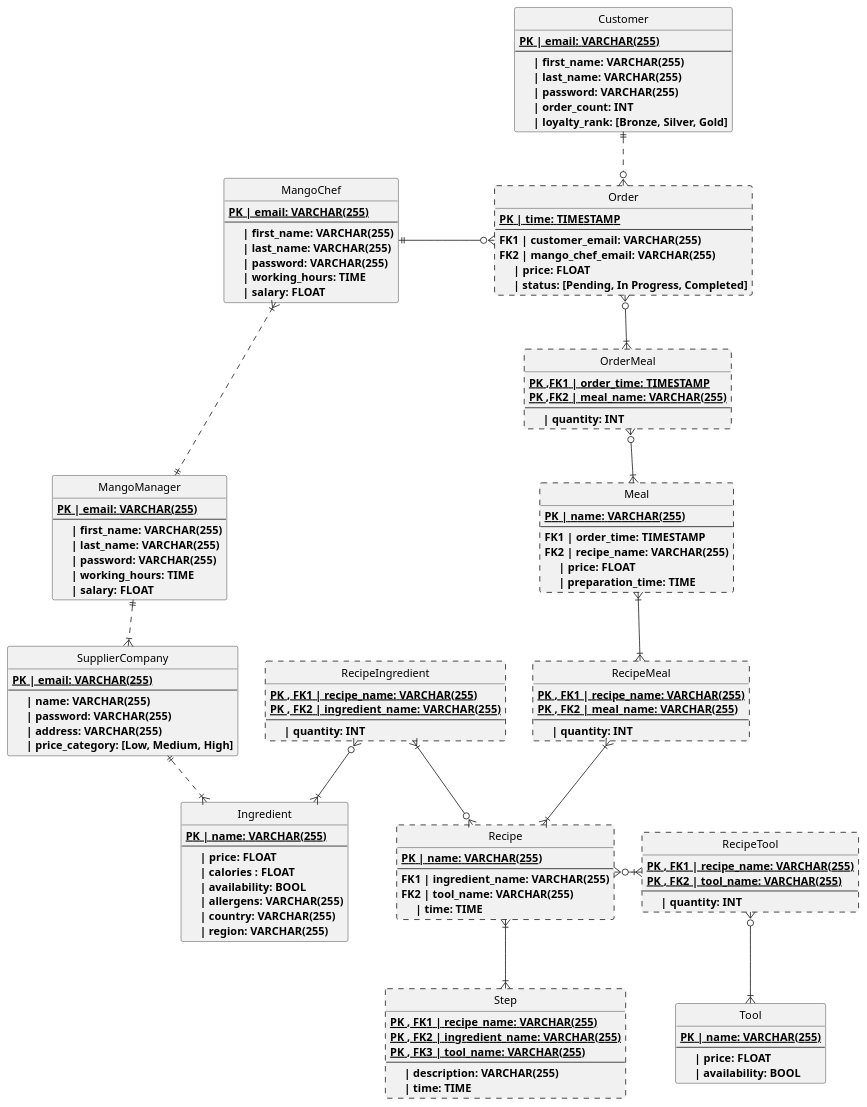
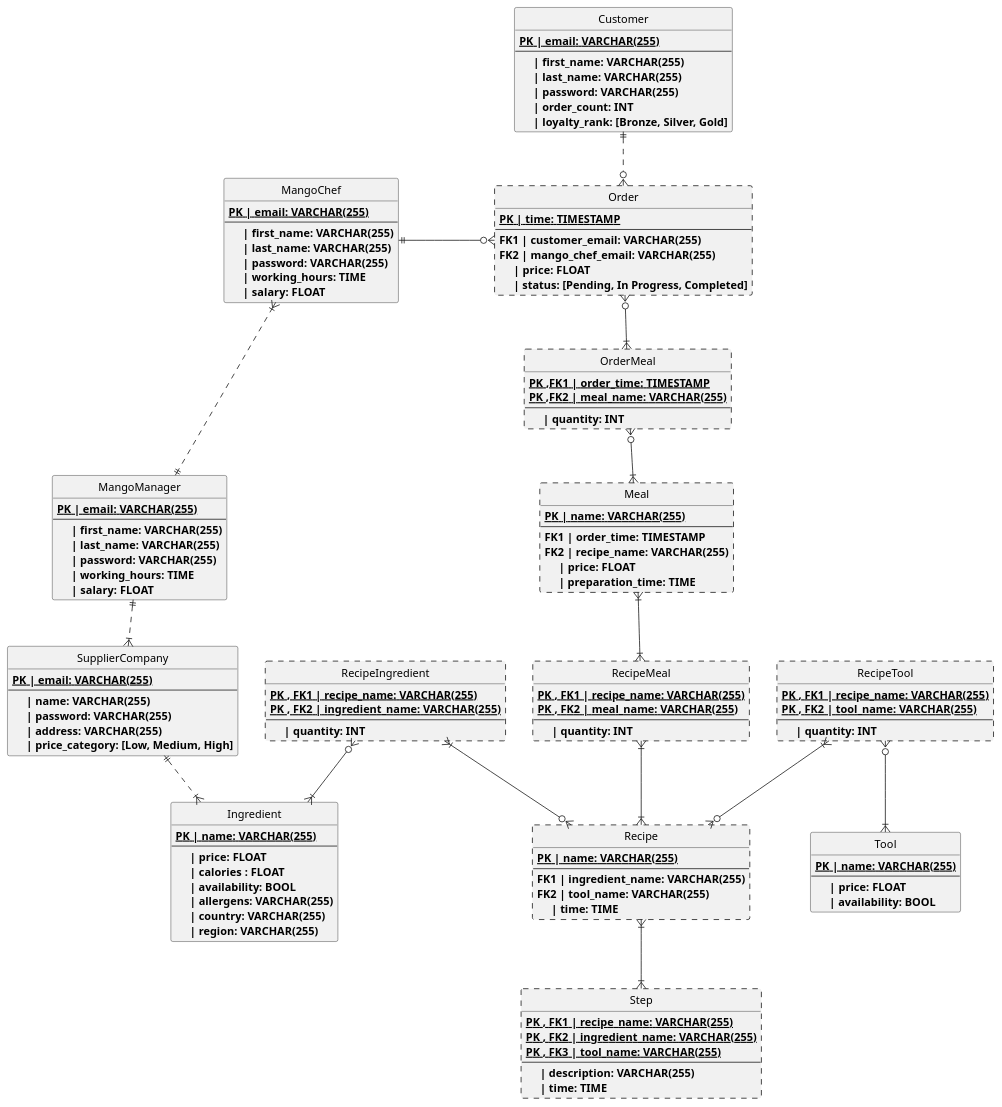
One commit to MorganKryze/MangoDB changed the diagram in Diagrams/src/Table.puml. Above: the diagram before and after it, drawn with PlantUML. The commit also changed 2 other files, not shown here.

```diff
--- a/Diagrams/src/Table.puml
+++ b/Diagrams/src/Table.puml
@@ -1,157 +1,157 @@
 @startuml Diagram of MangoDB
 Hide circle
 
 entity Customer
 {
     {static}<b>PK | email: VARCHAR(255)
     --
     <b>     | first_name: VARCHAR(255)
     <b>     | last_name: VARCHAR(255)
     <b>     | password: VARCHAR(255)
     <b>     | order_count: INT
     <b>     | loyalty_rank: [Bronze, Silver, Gold]
 }
 
 entity Order ##[dashed]
 {
     {static}<b>PK | time: TIMESTAMP
     --
     <b>FK1 | customer_email: VARCHAR(255)
     <b>FK2 | mango_chef_email: VARCHAR(255)
     <b>     | price: FLOAT
     <b>     | status: [Pending, In Progress, Completed]
 }
 
 entity OrderMeal ##[dashed]
 {
     {static}<b>PK ,FK1 | order_time: TIMESTAMP
     {static}<b>PK ,FK2 | meal_name: VARCHAR(255)
     --
     <b>     | quantity: INT
 }
 
 entity Meal ##[dashed]
 {
     {static}<b>PK | name: VARCHAR(255)
     --
     <b>FK1 | order_time: TIMESTAMP
     <b>FK2 | recipe_name: VARCHAR(255)
     <b>     | price: FLOAT
     <b>     | preparation_time: TIME
 }
 
 entity RecipeMeal ##[dashed]
 {
     {static}<b>PK , FK1 | recipe_name: VARCHAR(255)
     {static}<b>PK , FK2 | meal_name: VARCHAR(255)
     --
     <b>     | quantity: INT
 }
 
 entity Recipe ##[dashed]
 {
     {static}<b>PK | name: VARCHAR(255)
     --
     <b>FK1 | ingredient_name: VARCHAR(255)
     <b>FK2 | tool_name: VARCHAR(255)
     <b>     | time: TIME
 }
 
 entity Step ##[dashed]
 {
     {static}<b>PK , FK1 | recipe_name: VARCHAR(255)
     {static}<b>PK , FK2 | ingredient_name: VARCHAR(255)
     {static}<b>PK , FK3 | tool_name: VARCHAR(255)
     --
     <b>     | description: VARCHAR(255)
     <b>     | time: TIME
 }
 
 entity RecipeIngredient ##[dashed]
 {
     {static}<b>PK , FK1 | recipe_name: VARCHAR(255)
     {static}<b>PK , FK2 | ingredient_name: VARCHAR(255)
     --
     <b>     | quantity: INT
 }
 
 entity RecipeTool ##[dashed]
 {
     {static}<b>PK , FK1 | recipe_name: VARCHAR(255)
     {static}<b>PK , FK2 | tool_name: VARCHAR(255)
     --
     <b>     | quantity: INT
 }
 
 entity Ingredient
 {
     {static}<b>PK | name: VARCHAR(255)
     --
     <b>     | price: FLOAT
     <b>     | calories : FLOAT
     <b>     | availability: BOOL
     <b>     | allergens: VARCHAR(255)
     <b>     | country: VARCHAR(255)
     <b>     | region: VARCHAR(255)
 }
 
 entity Tool
 {
     {static}<b>PK | name: VARCHAR(255)
     --
     <b>     | price: FLOAT
     <b>     | availability: BOOL
 }
 
 
 entity SupplierCompany
 {   
     {static}<b>PK | email: VARCHAR(255)
     --
     <b>     | name: VARCHAR(255)
     <b>     | password: VARCHAR(255)
     <b>     | address: VARCHAR(255)
     <b>     | price_category: [Low, Medium, High]
 }
 
 entity MangoChef
 {
     {static}<b>PK | email: VARCHAR(255)
     --
     <b>     | first_name: VARCHAR(255)
     <b>     | last_name: VARCHAR(255)
     <b>     | password: VARCHAR(255)
     <b>     | working_hours: TIME
     <b>     | salary: FLOAT
 }
 
 entity MangoManager
 {
     {static}<b>PK | email: VARCHAR(255)
     --
     <b>     | first_name: VARCHAR(255)
     <b>     | last_name: VARCHAR(255)
     <b>     | password: VARCHAR(255)
     <b>     | working_hours: TIME
     <b>     | salary: FLOAT
 }
 
 MangoManager ||.down-|{ SupplierCompany
 MangoManager ||.up..|{ MangoChef
 MangoChef ||-right-o{ Order
 
 SupplierCompany ||.down-|{ Ingredient
 
 Customer ||.down-o{ Order
 Order  }o-down-|{ OrderMeal
 OrderMeal }o-down-|{ Meal
 
 Recipe }o-left-|{ RecipeIngredient
 RecipeIngredient }o-down-|{ Ingredient
-Recipe }o-right-|{ RecipeTool
+Recipe }o-up-|{ RecipeTool
 RecipeTool }o-down-|{ Tool
 
 Recipe }|-down-|{ Step
 Meal }|-down-|{ RecipeMeal
 Recipe }|-up-|{ RecipeMeal
 @enduml
```
